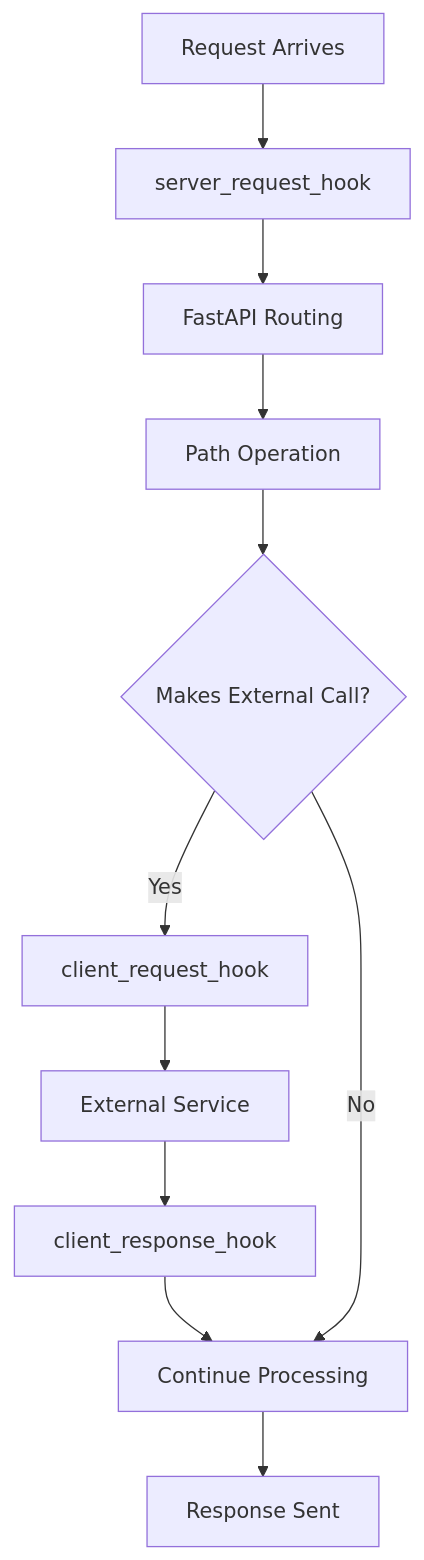
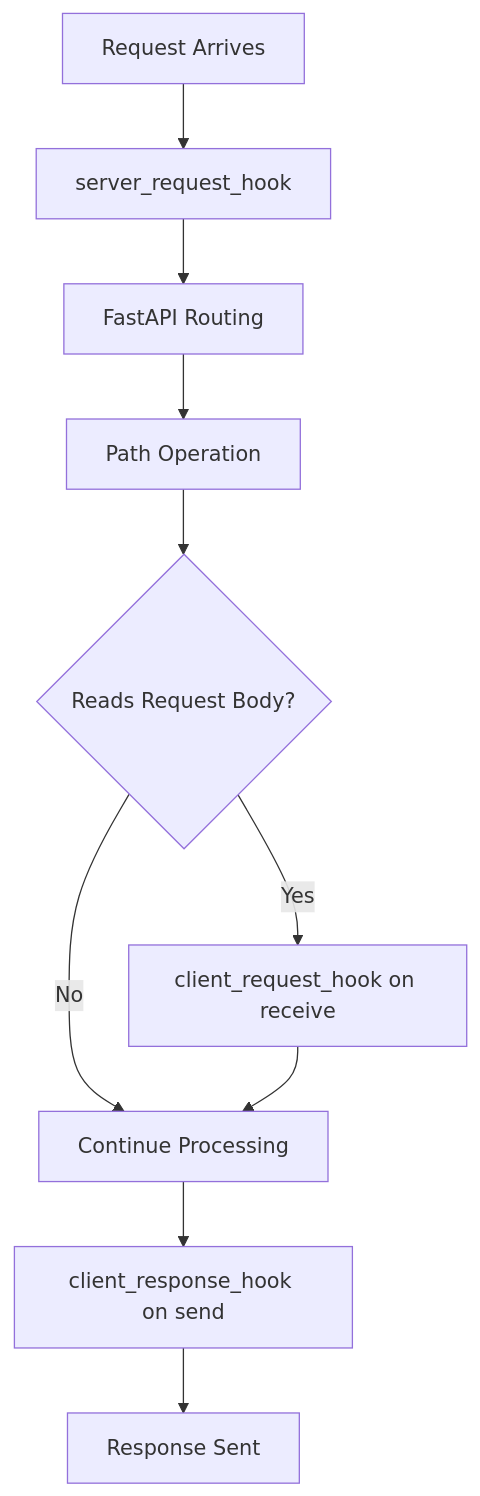
One commit to OneUptime/blog changed the diagram in posts/2026-02-06-opentelemetry-request-response-hooks-fastapi/README.md. Above: the diagram before and after it, drawn with Mermaid. The commit also changed other lines of this file and 2 other files, not shown here.

Commit message:
validate: 2026-02-06-opentelemetry-request-response-hooks-fastapi

````diff
--- a/posts/2026-02-06-opentelemetry-request-response-hooks-fastapi/README.md
+++ b/posts/2026-02-06-opentelemetry-request-response-hooks-fastapi/README.md
@@ -23,13 +23,12 @@
 ```mermaid
 graph TD
     A[Request Arrives] --> B[server_request_hook]
     B --> C[FastAPI Routing]
     C --> D[Path Operation]
-    D --> E{Makes External Call?}
-    E -->|Yes| F[client_request_hook]
-    F --> G[External Service]
-    G --> H[client_response_hook]
-    H --> I[Continue Processing]
-    E -->|No| I
-    I --> J[Response Sent]
+    D --> E{Reads Request Body?}
+    E -->|Yes| F[client_request_hook on receive]
+    E -->|No| G[Continue Processing]
+    F --> G
+    G --> H[client_response_hook on send]
+    H --> I[Response Sent]
 ```
````
